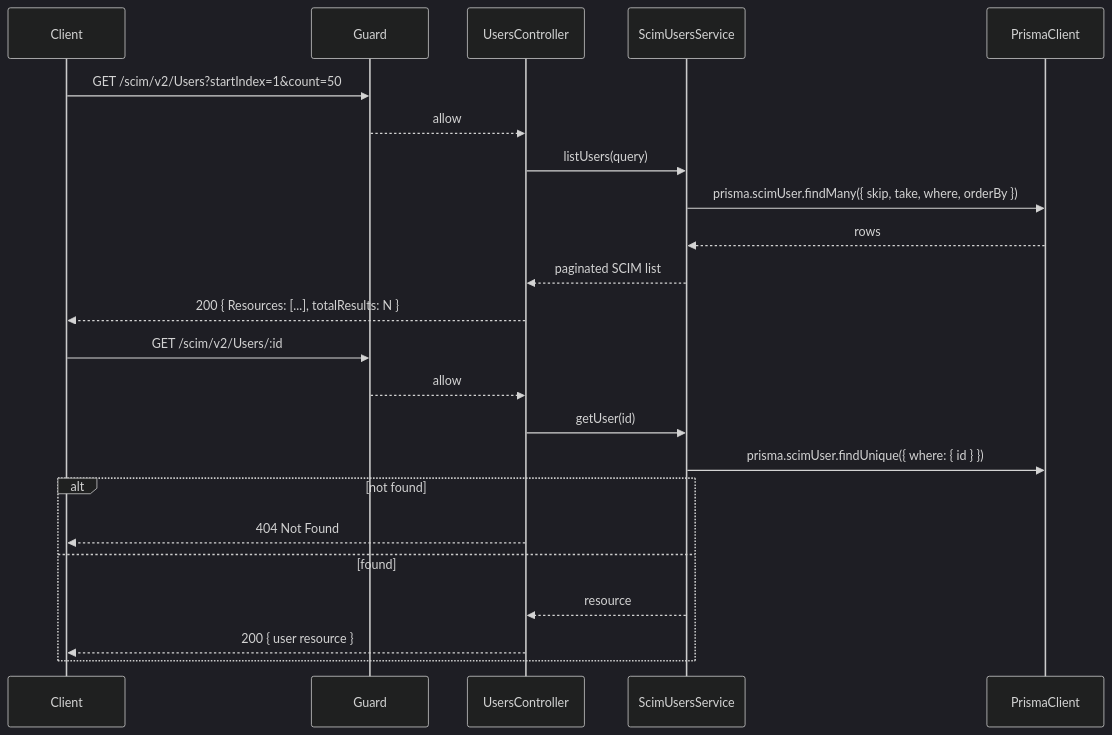
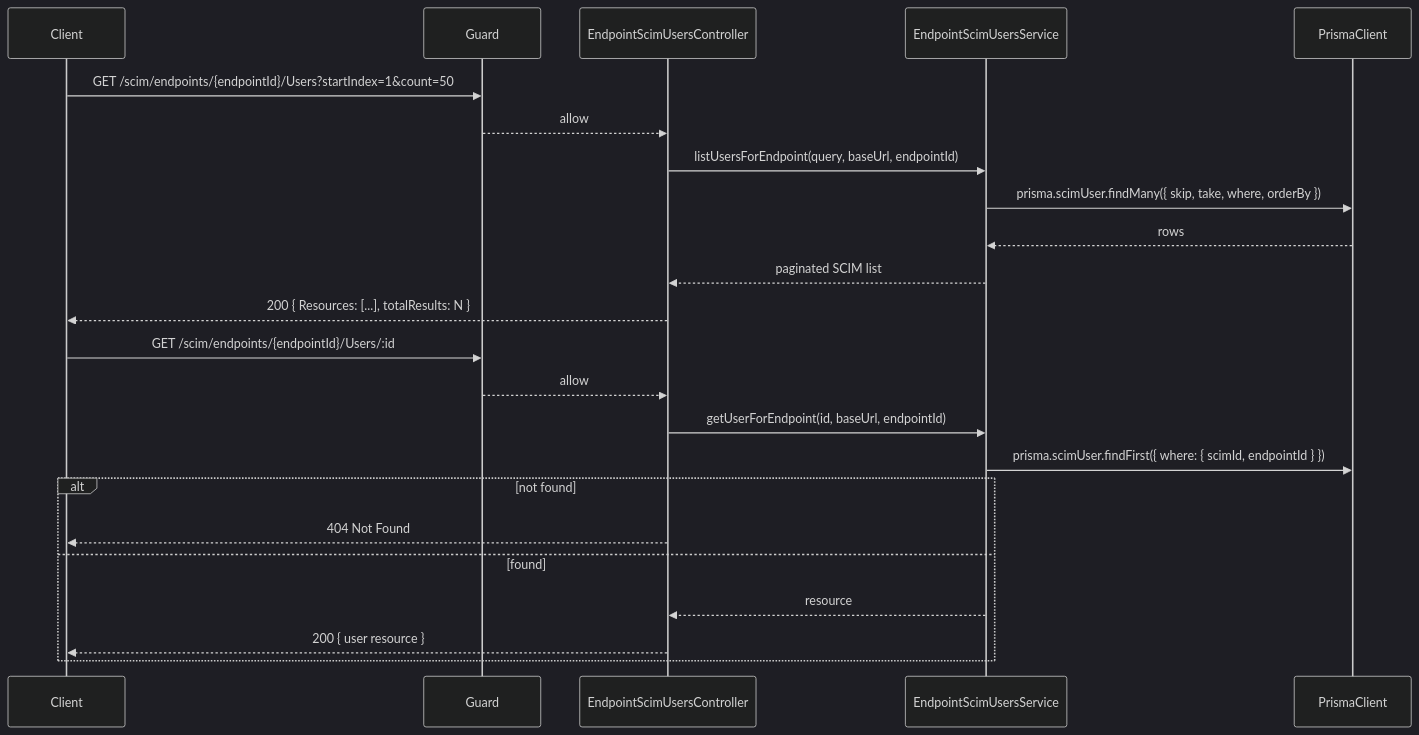
The diagram in docs/list-get-user-sequence.mmd (pranems/SCIMServer), drawn with Mermaid (dark theme) before and after one commit. The commit also changed 64 other files, not shown here.

```diff
--- a/docs/list-get-user-sequence.mmd
+++ b/docs/list-get-user-sequence.mmd
@@ -1,25 +1,25 @@
 sequenceDiagram
   participant Client
   participant Guard
-  participant Controller as UsersController
-  participant Service as ScimUsersService
+  participant Controller as EndpointScimUsersController
+  participant Service as EndpointScimUsersService
   participant PrismaClient
 
-  Client->>Guard: GET /scim/v2/Users?startIndex=1&count=50
+  Client->>Guard: GET /scim/endpoints/{endpointId}/Users?startIndex=1&count=50
   Guard-->>Controller: allow
-  Controller->>Service: listUsers(query)
+  Controller->>Service: listUsersForEndpoint(query, baseUrl, endpointId)
   Service->>PrismaClient: prisma.scimUser.findMany({ skip, take, where, orderBy })
   PrismaClient-->>Service: rows
   Service-->>Controller: paginated SCIM list
   Controller-->>Client: 200 { Resources: [...], totalResults: N }
 
-  Client->>Guard: GET /scim/v2/Users/:id
+  Client->>Guard: GET /scim/endpoints/{endpointId}/Users/:id
   Guard-->>Controller: allow
-  Controller->>Service: getUser(id)
-  Service->>PrismaClient: prisma.scimUser.findUnique({ where: { id } })
+  Controller->>Service: getUserForEndpoint(id, baseUrl, endpointId)
+  Service->>PrismaClient: prisma.scimUser.findFirst({ where: { scimId, endpointId } })
   alt not found
     Controller-->>Client: 404 Not Found
   else found
     Service-->>Controller: resource
     Controller-->>Client: 200 { user resource }
   end
```
